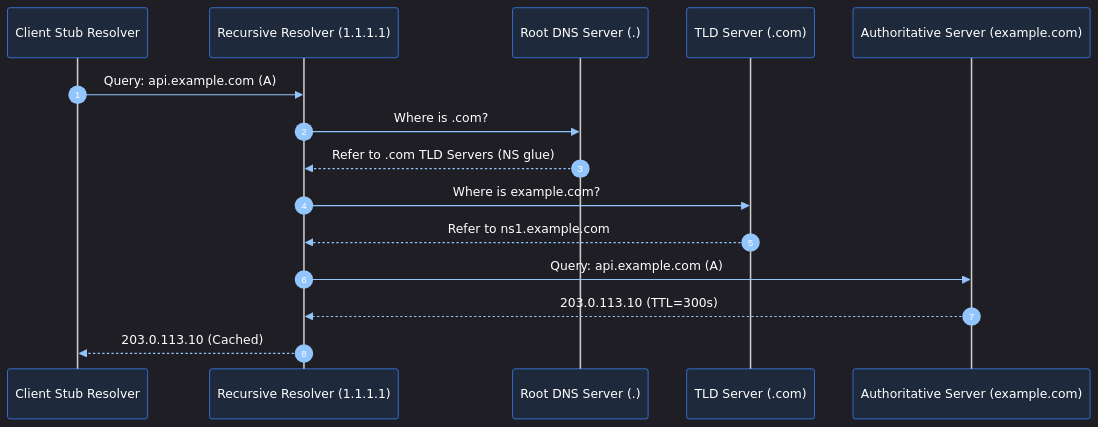
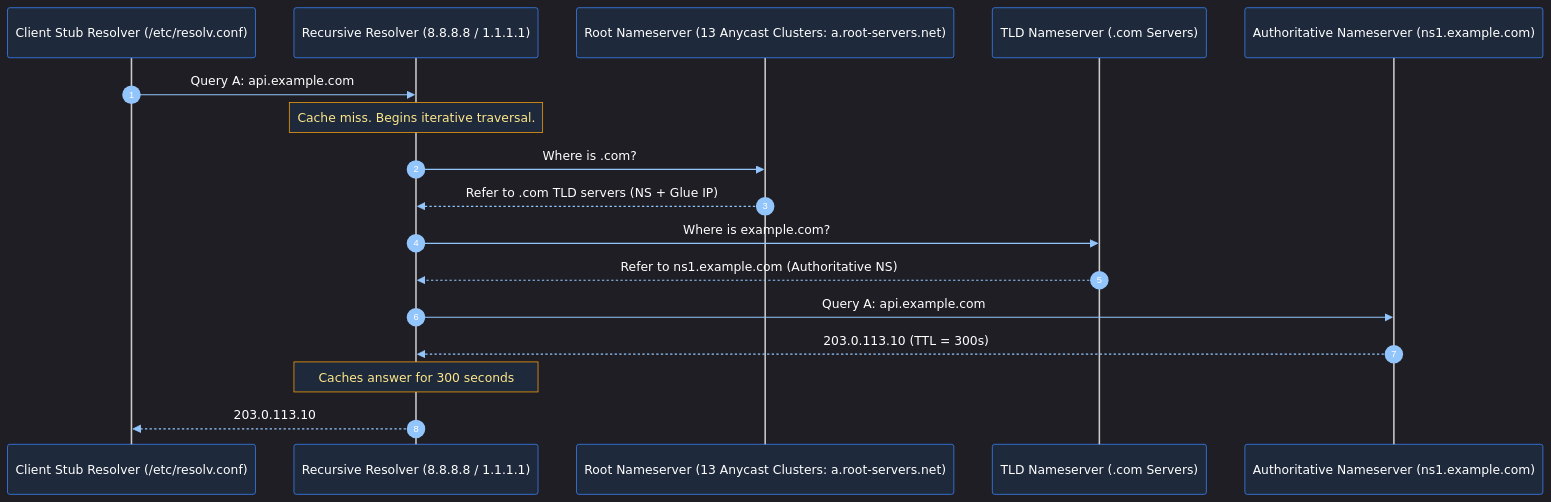
One commit to joydeep-biswas/Interview-Preparation changed the sixth of 13 diagrams in Cloud Engineering/02_networking_fundamentals.md. Above: the diagram before and after it, drawn with Mermaid. The commit also changed other lines of this file and 143 other files, not shown here.

````diff
--- a/Cloud Engineering/02_networking_fundamentals.md
+++ b/Cloud Engineering/02_networking_fundamentals.md
@@ -201,19 +420,21 @@
 ```mermaid
 %%{init: {'theme': 'dark', 'themeVariables': { 'actorBkg': '#1e293b', 'actorBorder': '#3b82f6', 'actorTextColor': '#ffffff', 'signalColor': '#93c5fd', 'signalTextColor': '#ffffff', 'noteBkgColor': '#1e293b', 'noteBorderColor': '#f59e0b', 'noteTextColor': '#fde68a', 'activationBkgColor': '#3b82f6', 'sequenceNumberColor': '#ffffff' }}}%%
 sequenceDiagram
     autonumber
-    participant App as Client Stub Resolver
-    participant Rec as Recursive Resolver (1.1.1.1)
-    participant Root as Root DNS Server (.)
-    participant TLD as TLD Server (.com)
-    participant Auth as Authoritative Server (example.com)
+    participant App as Client Stub Resolver (/etc/resolv.conf)
+    participant Rec as Recursive Resolver (8.8.8.8 / 1.1.1.1)
+    participant Root as Root Nameserver (13 Anycast Clusters: a.root-servers.net)
+    participant TLD as TLD Nameserver (.com Servers)
+    participant Auth as Authoritative Nameserver (ns1.example.com)
 
-    App->>Rec: Query: api.example.com (A)
+    App->>Rec: Query A: api.example.com
+    Note over Rec: Cache miss. Begins iterative traversal.
     Rec->>Root: Where is .com?
-    Root-->>Rec: Refer to .com TLD Servers (NS glue)
+    Root-->>Rec: Refer to .com TLD servers (NS + Glue IP)
     Rec->>TLD: Where is example.com?
-    TLD-->>Rec: Refer to ns1.example.com
-    Rec->>Auth: Query: api.example.com (A)
-    Auth-->>Rec: 203.0.113.10 (TTL=300s)
-    Rec-->>App: 203.0.113.10 (Cached)
+    TLD-->>Rec: Refer to ns1.example.com (Authoritative NS)
+    Rec->>Auth: Query A: api.example.com
+    Auth-->>Rec: 203.0.113.10 (TTL = 300s)
+    Note over Rec: Caches answer for 300 seconds
+    Rec-->>App: 203.0.113.10
 ```
````
